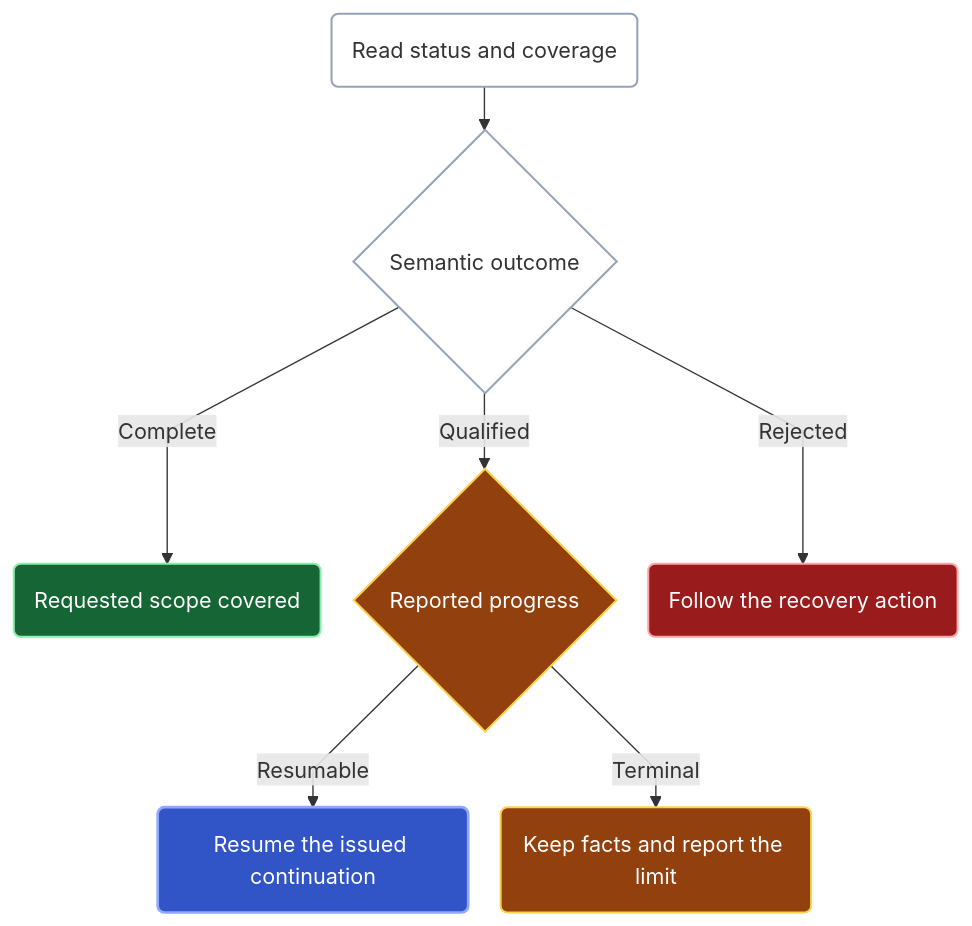
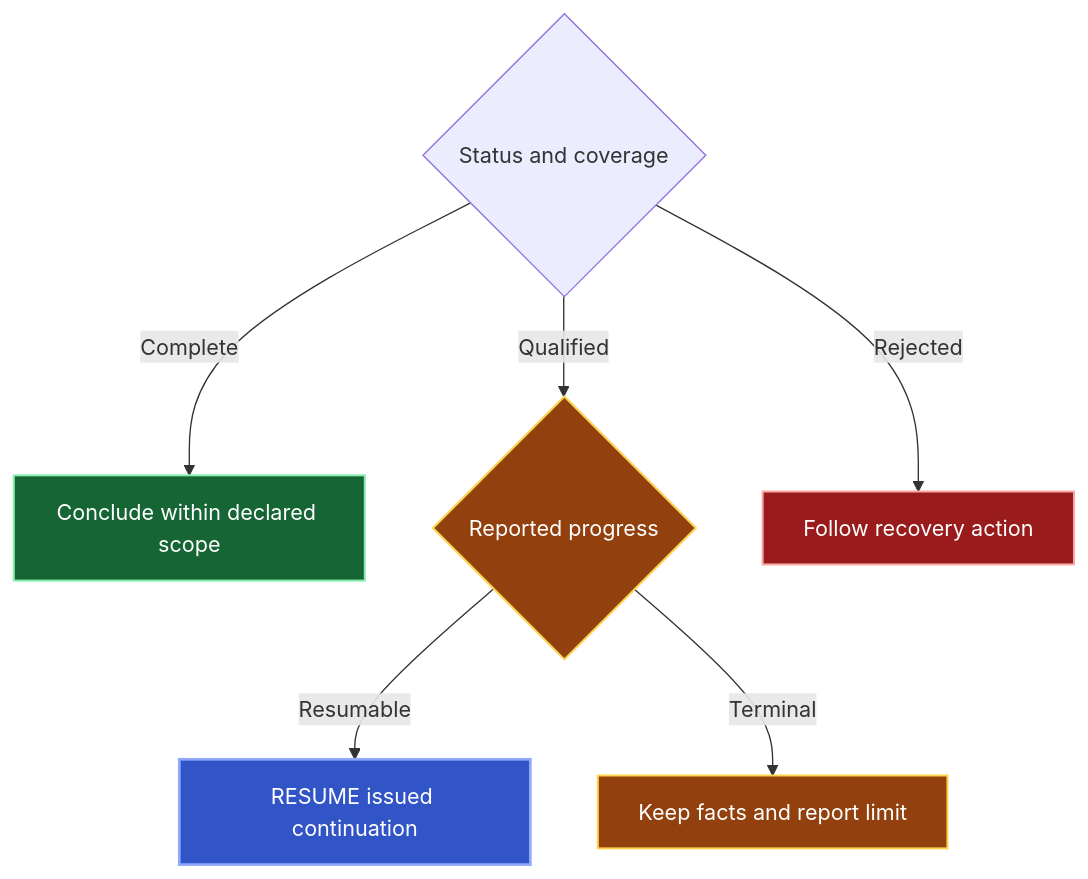
Before and after one commit to amichne/kast: the first of 2 diagrams in docs/public/reference/responses.mdx, drawn with Mermaid. The commit also changed other lines of this file and 23 other files, not shown here.

Commit message:
admin-mcp/concise-docs-and-purposeful-diagrams-faa385d (#929)

````diff
--- a/docs/public/reference/responses.mdx
+++ b/docs/public/reference/responses.mdx
@@ -36,21 +23,18 @@
 ```mermaid
-%%{init: {"flowchart": {"curve": "linear", "nodeSpacing": 24, "rankSpacing": 32}}}%%
 flowchart TB
-  accTitle: Completion, resumable work, and terminal limits are different outcomes
-  accDescr: A complete result establishes coverage of its declared universe. A qualified result either carries a usable continuation or a terminal limitation. A rejected request requires its reported recovery action. Row count alone determines none of these states.
-  A("Read status and coverage") --> S{"Semantic outcome"}
-  S -->|Complete| C("Requested scope covered")
+  accTitle: Progress chooses the next action, regardless of row count
+  accDescr: Complete coverage supports conclusions within scope. Qualified progress either supplies a continuation or reports a terminal limit. Rejection requires recovery. Empty rows alone establish none of these states.
+  S{"Status and coverage"} -->|Complete| C["Conclude within declared scope"]
   S -->|Qualified| Q{"Reported progress"}
-  S -->|Rejected| F("Follow the recovery action")
-  Q -->|Resumable| R("Resume the issued continuation")
-  Q -->|Terminal| T("Keep facts and report the limit")
-  classDef default fill:transparent,stroke:#94A3B8,stroke-width:1.5px;
+  S -->|Rejected| F["Follow recovery action"]
+  Q -->|Resumable| R["RESUME issued continuation"]
+  Q -->|Terminal| T["Keep facts and report limit"]
+  class C evidence;
+  class Q,T limited;
+  class R authority;
+  class F rejected;
   classDef authority fill:#3154C7,color:#FFFFFF,stroke:#8FA7FF,stroke-width:2px;
   classDef evidence fill:#166534,color:#FFFFFF,stroke:#86EFAC,stroke-width:1.5px;
   classDef limited fill:#92400E,color:#FFFFFF,stroke:#FCD34D,stroke-width:1.5px;
   classDef rejected fill:#991B1B,color:#FFFFFF,stroke:#FCA5A5,stroke-width:1.5px;
-  class C evidence;
-  class Q,T limited;
-  class R authority;
-  class F rejected;
 ```
````
